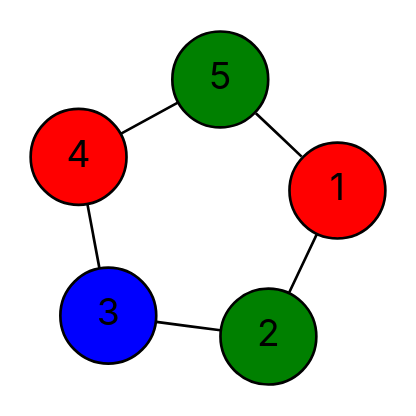
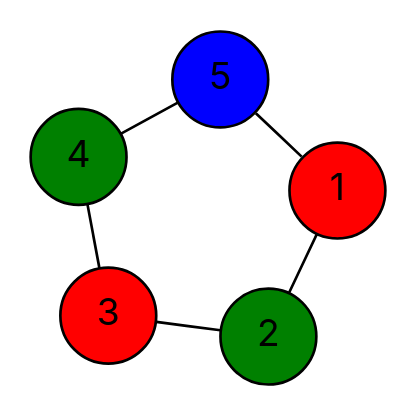
Before and after one commit to vercah/vertex-coloring: the diagram in data/final-dots/easy-03-parallel.dot, drawn with Graphviz. The commit also changed 15 other files, not shown here.

```diff
--- a/data/final-dots/easy-03-parallel.dot
+++ b/data/final-dots/easy-03-parallel.dot
@@ -1,16 +1,16 @@
 graph G {
   layout=neato;
   overlap=false;
   splines=true;
   node [shape=circle, style=filled, fontname=Inter];
   1 [label="1", fillcolor="red", tooltip="v1 color 0"];
   2 [label="2", fillcolor="green", tooltip="v2 color 1"];
-  3 [label="3", fillcolor="blue", tooltip="v3 color 2"];
-  4 [label="4", fillcolor="red", tooltip="v4 color 0"];
-  5 [label="5", fillcolor="green", tooltip="v5 color 1"];
+  3 [label="3", fillcolor="red", tooltip="v3 color 0"];
+  4 [label="4", fillcolor="green", tooltip="v4 color 1"];
+  5 [label="5", fillcolor="blue", tooltip="v5 color 2"];
   1 -- 2;
   1 -- 5;
   2 -- 3;
   3 -- 4;
   4 -- 5;
 }
```
